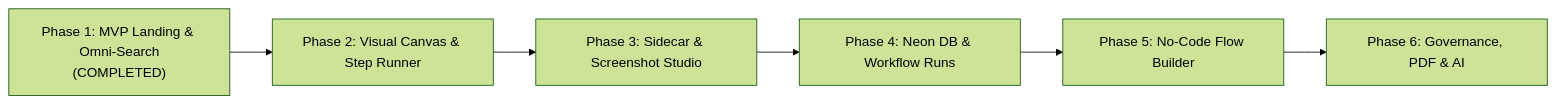
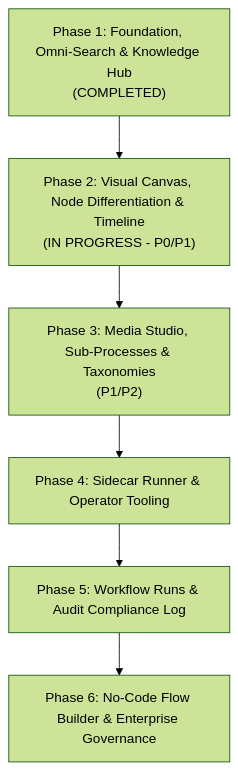
The diagram in docs/ROADMAP_AND_PHASING.md (javadderoom/fanavari), drawn with Mermaid (forest theme) before and after one commit. The commit also changed other lines of this file and 1 other file, not shown here.

Commit message:
docs: update roadmap, feature specs, and prioritized backlog with circular requirements

````diff
--- a/docs/ROADMAP_AND_PHASING.md
+++ b/docs/ROADMAP_AND_PHASING.md
@@ -6,8 +6,8 @@
 ```mermaid
-flowchart LR
-    P1["Phase 1: MVP Landing & Omni-Search<br/>(COMPLETED)"] --> P2["Phase 2: Visual Canvas & Step Runner"]
-    P2 --> P3["Phase 3: Sidecar & Screenshot Studio"]
-    P3 --> P4["Phase 4: Neon DB & Workflow Runs"]
-    P4 --> P5["Phase 5: No-Code Flow Builder"]
-    P5 --> P6["Phase 6: Governance, PDF & AI"]
+flowchart TD
+    P1["Phase 1: Foundation, Omni-Search & Knowledge Hub<br/>(COMPLETED)"] --> P2["Phase 2: Visual Canvas, Node Differentiation & Timeline<br/>(IN PROGRESS - P0/P1)"]
+    P2 --> P3["Phase 3: Media Studio, Sub-Processes & Taxonomies<br/>(P1/P2)"]
+    P3 --> P4["Phase 4: Sidecar Runner & Operator Tooling"]
+    P4 --> P5["Phase 5: Workflow Runs & Audit Compliance Log"]
+    P5 --> P6["Phase 6: No-Code Flow Builder & Enterprise Governance"]
 ```
````
